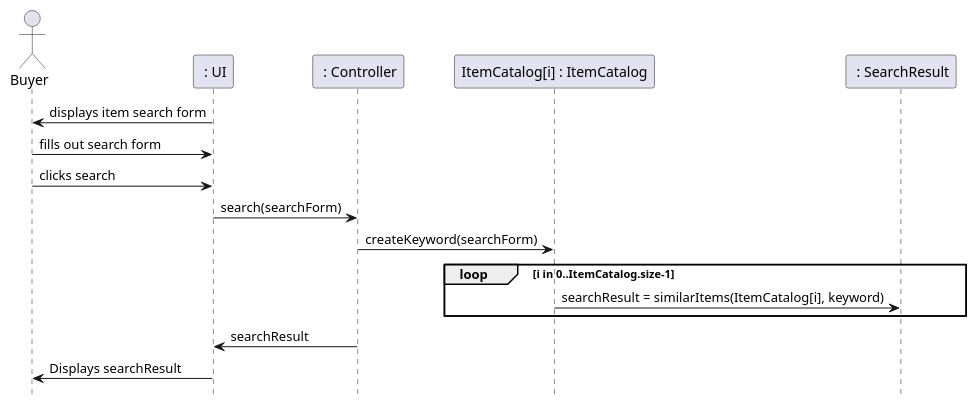
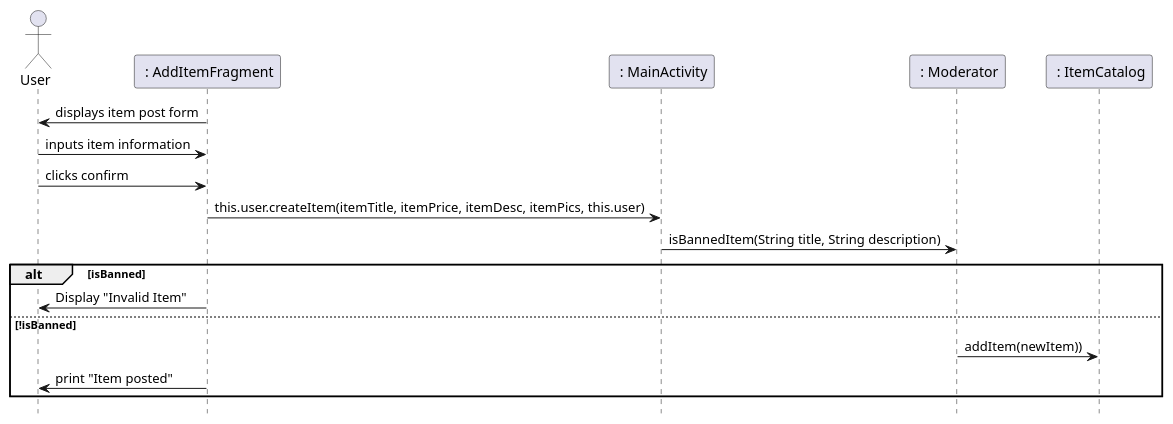
One commit to remyben-creator/Marketplace-Application changed the second of 5 diagrams in IntelliJ/Doc/design.md. Above: the diagram before and after it, drawn with PlantUML. The commit also changed other lines of this file and 2 other files, not shown here.

Commit message:
Some Sequence Diagrams Finalized

````diff
--- a/IntelliJ/Doc/design.md
+++ b/IntelliJ/Doc/design.md
@@ -54,21 +54,20 @@
 ```plantuml
 hide footbox
-actor Buyer as buyer
-participant " : UI" as ui
-participant " : Controller" as controller
-participant "ItemCatalog[i] : ItemCatalog" as itemcatalog
-participant " : SearchResult" as searchresult
+actor User as user
+participant " : AddItemFragment" as ui
+participant " : MainActivity" as controller
+participant " : Moderator" as moderator
+participant " : ItemCatalog" as itemcatalog
 
-ui -> buyer : displays item search form 
-buyer -> ui : fills out search form
-buyer -> ui : clicks search
-ui -> controller : search(searchForm)
-controller -> itemcatalog : createKeyword(searchForm)
-loop i in 0..ItemCatalog.size-1
-    itemcatalog -> searchresult : searchResult = similarItems(ItemCatalog[i], keyword)
+ui -> user : displays item post form
+user -> ui : inputs item information
+user -> ui : clicks confirm
+ui -> controller : this.user.createItem(itemTitle, itemPrice, itemDesc, itemPics, this.user)
+controller -> moderator : isBannedItem(String title, String description)
+alt isBanned   
+ ui -> user : Display "Invalid Item"
+else !isBanned
+ moderator -> itemcatalog : addItem(newItem))
+ ui -> user : print "Item posted"
 end
-controller -> ui : searchResult
-ui -> buyer : Displays searchResult
-
-
 ```
````
